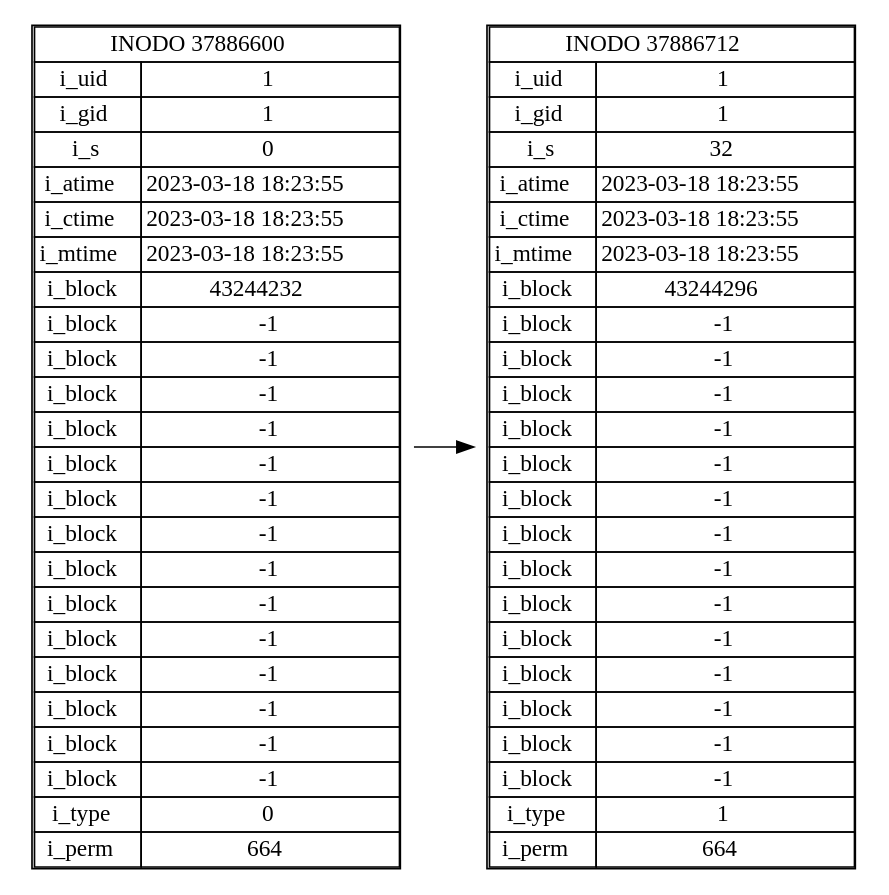
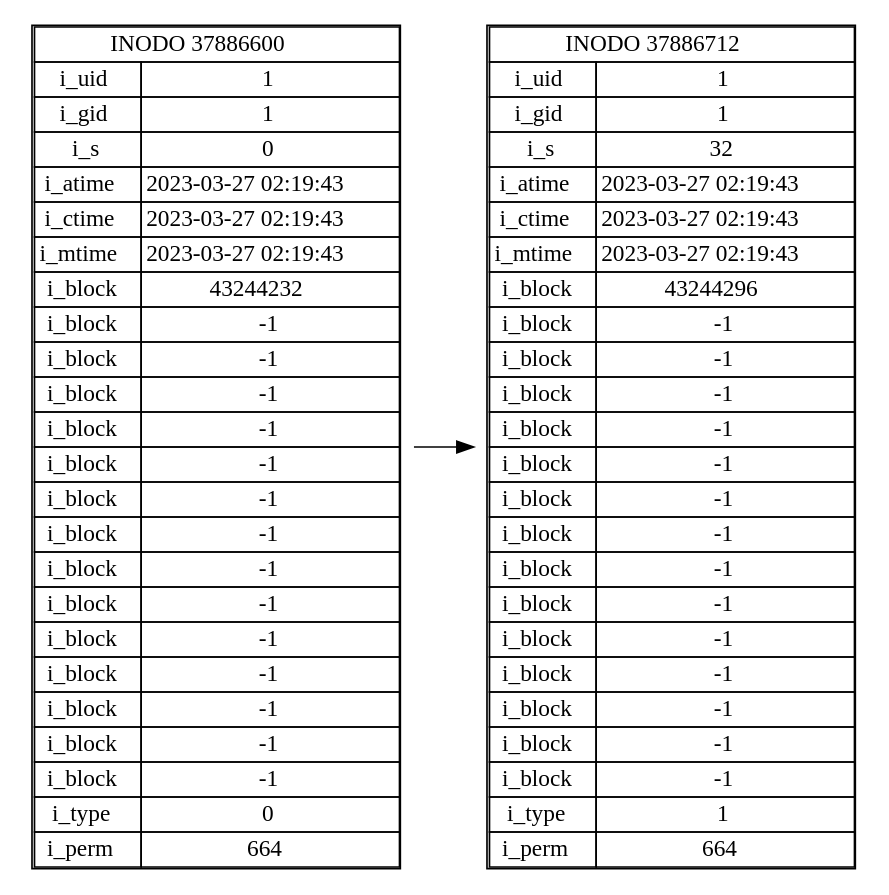
One commit to diegomazariegos2002/_MIA1S2023_PROYECTO1 changed the diagram in Proyecto/cmake-build-debug/inodes.dot. Above: the diagram before and after it, drawn with Graphviz. The commit also changed 24 other files, not shown here.

```diff
--- a/Proyecto/cmake-build-debug/inodes.dot
+++ b/Proyecto/cmake-build-debug/inodes.dot
@@ -1,193 +1,193 @@
 digraph G { 
  rankdir=LR
 node[shape=none]
 n0[label=<<table CELLSPACING="0"><tr><td colspan="2">INODO 37886600</td></tr>
 <tr>
 <td>i_uid</td>
 <td>1</td>
 </tr>
 <tr>
 <td>i_gid</td>
 <td>1</td>
 </tr>
 <tr>
 <td>i_s</td>
 <td>0</td>
 </tr>
 <tr>
 <td>i_atime</td>
-<td>2023-03-18 18:23:55</td>
+<td>2023-03-27 02:19:43</td>
 </tr>
 <tr>
 <td>i_ctime</td>
-<td>2023-03-18 18:23:55</td>
+<td>2023-03-27 02:19:43</td>
 </tr>
 <tr>
 <td>i_mtime</td>
-<td>2023-03-18 18:23:55</td>
+<td>2023-03-27 02:19:43</td>
 </tr>
 <tr>
 <td>i_block</td>
 <td>43244232</td>
 </tr>
 <tr>
 <td>i_block</td>
 <td>-1</td>
 </tr>
 <tr>
 <td>i_block</td>
 <td>-1</td>
 </tr>
 <tr>
 <td>i_block</td>
 <td>-1</td>
 </tr>
 <tr>
 <td>i_block</td>
 <td>-1</td>
 </tr>
 <tr>
 <td>i_block</td>
 <td>-1</td>
 </tr>
 <tr>
 <td>i_block</td>
 <td>-1</td>
 </tr>
 <tr>
 <td>i_block</td>
 <td>-1</td>
 </tr>
 <tr>
 <td>i_block</td>
 <td>-1</td>
 </tr>
 <tr>
 <td>i_block</td>
 <td>-1</td>
 </tr>
 <tr>
 <td>i_block</td>
 <td>-1</td>
 </tr>
 <tr>
 <td>i_block</td>
 <td>-1</td>
 </tr>
 <tr>
 <td>i_block</td>
 <td>-1</td>
 </tr>
 <tr>
 <td>i_block</td>
 <td>-1</td>
 </tr>
 <tr>
 <td>i_block</td>
 <td>-1</td>
 </tr>
 <tr>
 <td>i_type</td>
 <td>0</td>
 </tr>
 <tr>
 <td>i_perm</td>
 <td>664</td>
 </tr>
 </table>>]
 n1[label=<<table CELLSPACING="0"><tr><td colspan="2">INODO 37886712</td></tr>
 <tr>
 <td>i_uid</td>
 <td>1</td>
 </tr>
 <tr>
 <td>i_gid</td>
 <td>1</td>
 </tr>
 <tr>
 <td>i_s</td>
 <td>32</td>
 </tr>
 <tr>
 <td>i_atime</td>
-<td>2023-03-18 18:23:55</td>
+<td>2023-03-27 02:19:43</td>
 </tr>
 <tr>
 <td>i_ctime</td>
-<td>2023-03-18 18:23:55</td>
+<td>2023-03-27 02:19:43</td>
 </tr>
 <tr>
 <td>i_mtime</td>
-<td>2023-03-18 18:23:55</td>
+<td>2023-03-27 02:19:43</td>
 </tr>
 <tr>
 <td>i_block</td>
 <td>43244296</td>
 </tr>
 <tr>
 <td>i_block</td>
 <td>-1</td>
 </tr>
 <tr>
 <td>i_block</td>
 <td>-1</td>
 </tr>
 <tr>
 <td>i_block</td>
 <td>-1</td>
 </tr>
 <tr>
 <td>i_block</td>
 <td>-1</td>
 </tr>
 <tr>
 <td>i_block</td>
 <td>-1</td>
 </tr>
 <tr>
 <td>i_block</td>
 <td>-1</td>
 </tr>
 <tr>
 <td>i_block</td>
 <td>-1</td>
 </tr>
 <tr>
 <td>i_block</td>
 <td>-1</td>
 </tr>
 <tr>
 <td>i_block</td>
 <td>-1</td>
 </tr>
 <tr>
 <td>i_block</td>
 <td>-1</td>
 </tr>
 <tr>
 <td>i_block</td>
 <td>-1</td>
 </tr>
 <tr>
 <td>i_block</td>
 <td>-1</td>
 </tr>
 <tr>
 <td>i_block</td>
 <td>-1</td>
 </tr>
 <tr>
 <td>i_block</td>
 <td>-1</td>
 </tr>
 <tr>
 <td>i_type</td>
 <td>1</td>
 </tr>
 <tr>
 <td>i_perm</td>
 <td>664</td>
 </tr>
 </table>>]
 n0->n1;
 }
```
